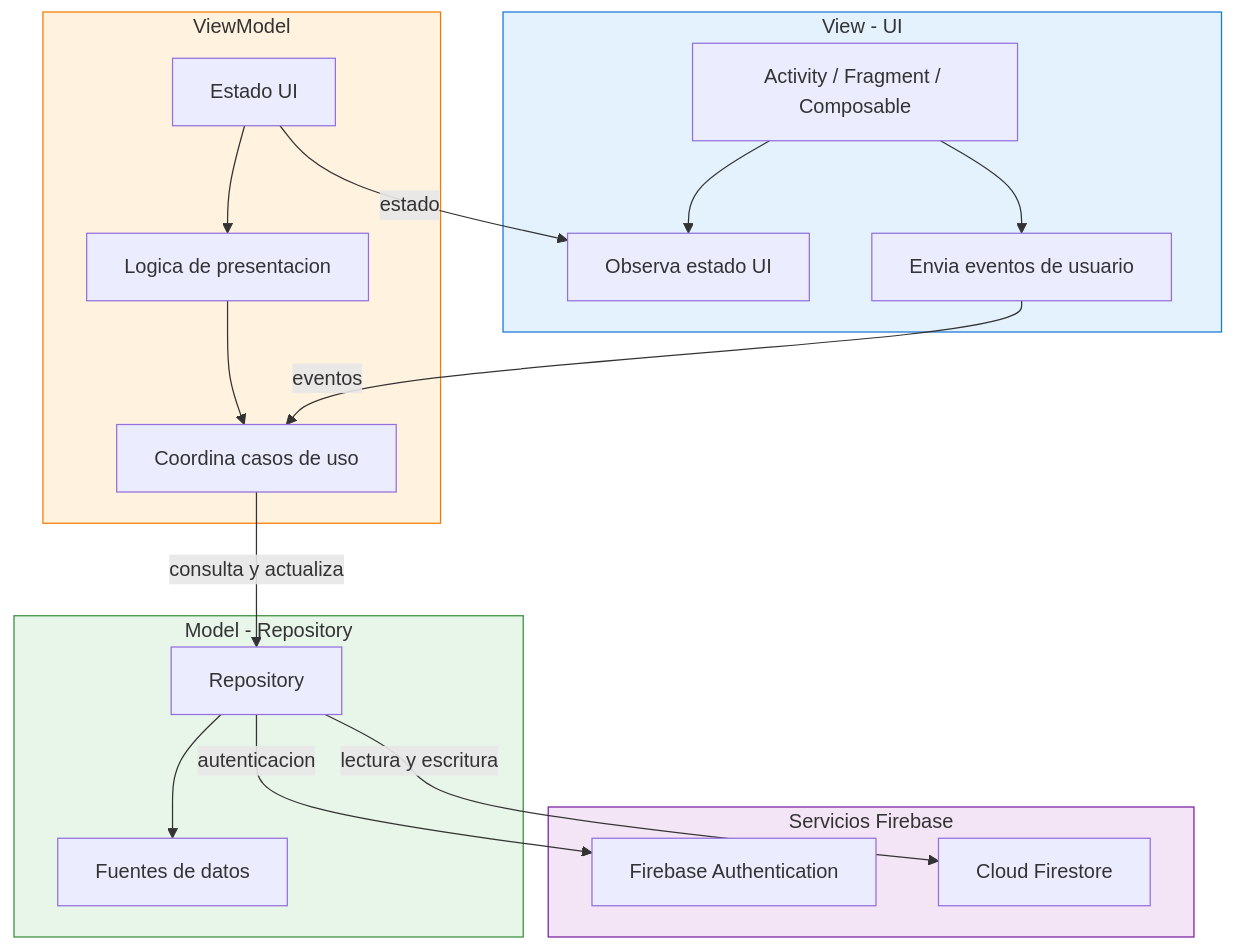
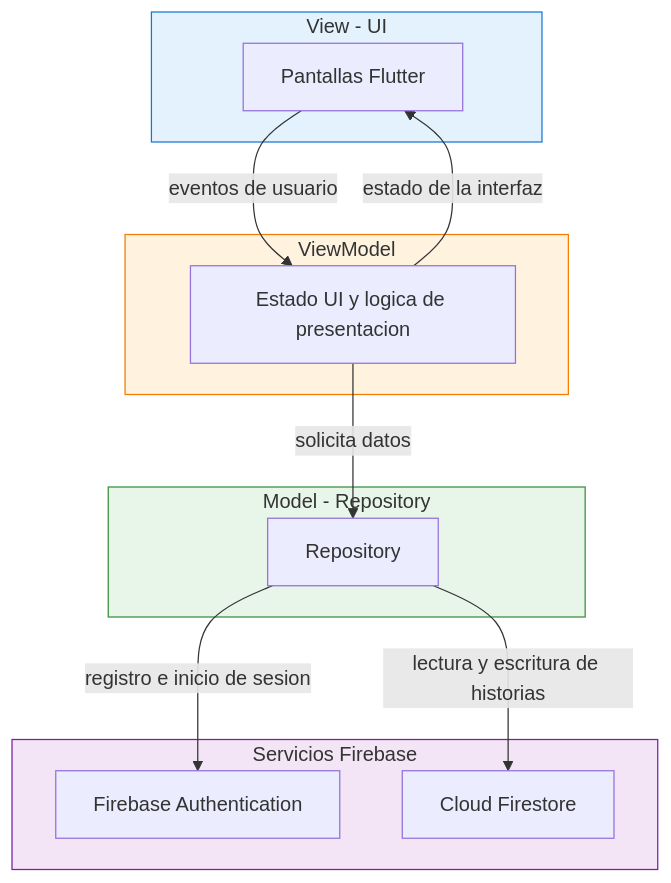
The diagram in README.md (FullMobileCloud/MediHis), drawn with Mermaid before and after one commit. The commit also changed other lines of this file, not shown here.

Commit message:
Restaura README y agrega diagrama MVVM con Firebase

````diff
--- a/README.md
+++ b/README.md
@@ -11,40 +163,30 @@
 ```mermaid
 flowchart TB
     subgraph UI["View - UI"]
-        A["Activity / Fragment / Composable"]
-        B["Observa estado UI"]
-        C["Envia eventos de usuario"]
-        A --> B
-        A --> C
+        VIEW["Pantallas Flutter"]
     end
 
     subgraph VM["ViewModel"]
-        D["Estado UI"]
-        E["Logica de presentacion"]
-        F["Coordina casos de uso"]
-        D --> E
-        E --> F
+        VIEWMODEL["Estado UI y logica de presentacion"]
     end
 
     subgraph DATA["Model - Repository"]
-        G["Repository"]
-        H["Fuentes de datos"]
-        G --> H
+        REPOSITORY["Repository"]
     end
 
     subgraph CLOUD["Servicios Firebase"]
-        I["Firebase Authentication"]
-        J["Cloud Firestore"]
+        AUTH["Firebase Authentication"]
+        FIRESTORE["Cloud Firestore"]
     end
 
-    C -->|eventos| F
-    D -->|estado| B
-    F -->|consulta y actualiza| G
-    G -->|autenticacion| I
-    G -->|lectura y escritura| J
+    VIEW -->|eventos de usuario| VIEWMODEL
+    VIEWMODEL -->|estado de la interfaz| VIEW
+    VIEWMODEL -->|solicita datos| REPOSITORY
+    REPOSITORY -->|registro e inicio de sesion| AUTH
+    REPOSITORY -->|lectura y escritura de historias| FIRESTORE
 
     style UI fill:#e3f2fd,stroke:#1976d2
     style VM fill:#fff3e0,stroke:#f57c00
     style DATA fill:#e8f5e9,stroke:#388e3c
     style CLOUD fill:#f3e5f5,stroke:#7b1fa2
 ```
````
